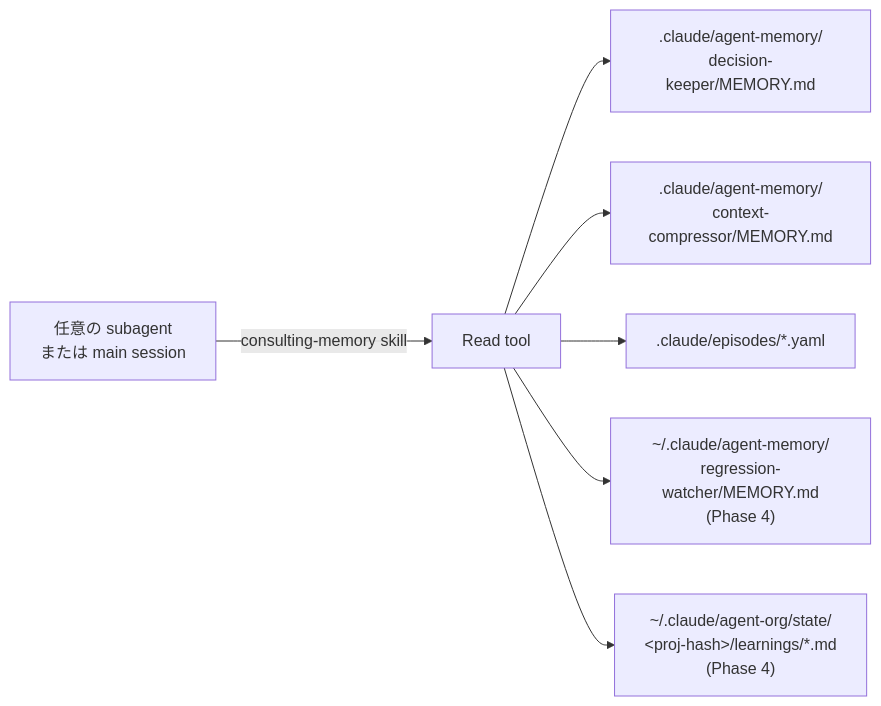
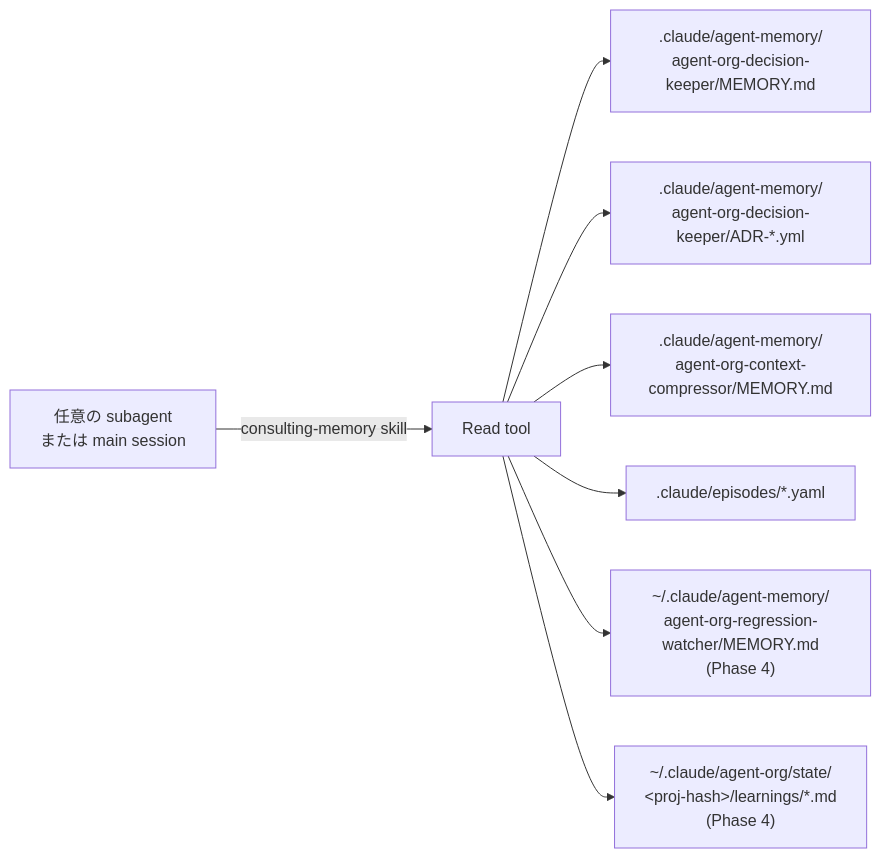
The third of 3 diagrams in plugins/agent-org/docs/ARCHITECTURE.md (Mao-o/cc-mp-worktools), drawn with Mermaid before and after one commit. The commit also changed other lines of this file and 8 other files, not shown here.

First line of the commit message:
feat(agent-org)!: 0.3.0 - scoped name dir adoption (breaking)

````diff
--- a/plugins/agent-org/docs/ARCHITECTURE.md
+++ b/plugins/agent-org/docs/ARCHITECTURE.md
@@ -131,9 +151,10 @@
 ```mermaid
 graph LR
     XA["任意の subagent<br>または main session"] -->|consulting-memory skill| RT["Read tool"]
-    RT --> DKM[".claude/agent-memory/<br>decision-keeper/MEMORY.md"]
-    RT --> CCM[".claude/agent-memory/<br>context-compressor/MEMORY.md"]
+    RT --> DKM[".claude/agent-memory/<br>agent-org-decision-keeper/MEMORY.md"]
+    RT --> DKY[".claude/agent-memory/<br>agent-org-decision-keeper/ADR-*.yml"]
+    RT --> CCM[".claude/agent-memory/<br>agent-org-context-compressor/MEMORY.md"]
     RT --> EP3[".claude/episodes/*.yaml"]
-    RT --> URW["~/.claude/agent-memory/<br>regression-watcher/MEMORY.md<br>(Phase 4)"]
+    RT --> URW["~/.claude/agent-memory/<br>agent-org-regression-watcher/MEMORY.md<br>(Phase 4)"]
     RT --> ULM["~/.claude/agent-org/state/<br>&lt;proj-hash&gt;/learnings/*.md<br>(Phase 4)"]
 ```
````
